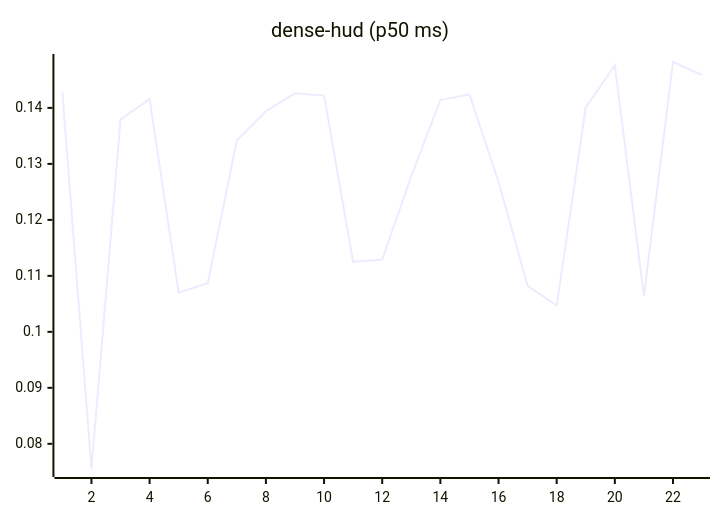
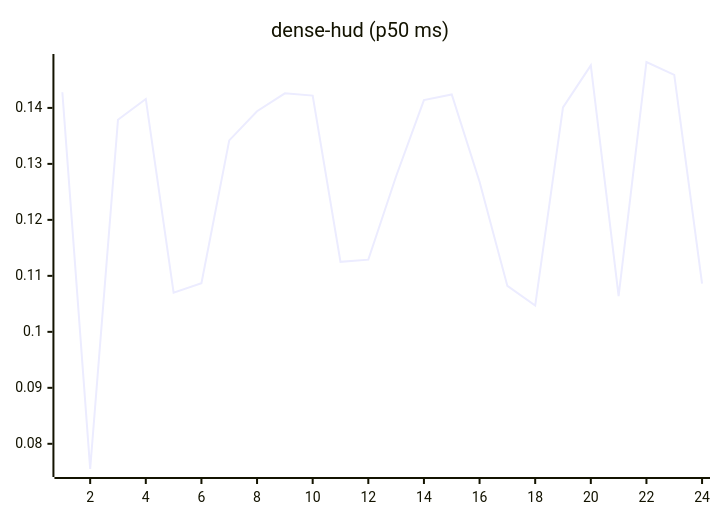
Before and after one commit to josha/Facet: the eighth of 27 diagrams in README.md, drawn with Mermaid. The commit also changed other lines of this file and 2 other files, not shown here.

````diff
--- a/README.md
+++ b/README.md
@@ -112,6 +112,6 @@
 ```mermaid
 xychart-beta
     title "dense-hud (p50 ms)"
-    x-axis 1 --> 23
-    line [0.1428, 0.0755, 0.1379, 0.1416, 0.1070, 0.1087, 0.1342, 0.1394, 0.1426, 0.1422, 0.1125, 0.1129, 0.1278, 0.1414, 0.1424, 0.1268, 0.1082, 0.1047, 0.1401, 0.1476, 0.1064, 0.1482, 0.1459]
+    x-axis 1 --> 24
+    line [0.1428, 0.0755, 0.1379, 0.1416, 0.1070, 0.1087, 0.1342, 0.1394, 0.1426, 0.1422, 0.1125, 0.1129, 0.1278, 0.1414, 0.1424, 0.1268, 0.1082, 0.1047, 0.1401, 0.1476, 0.1064, 0.1482, 0.1459, 0.1086]
 ```
````
